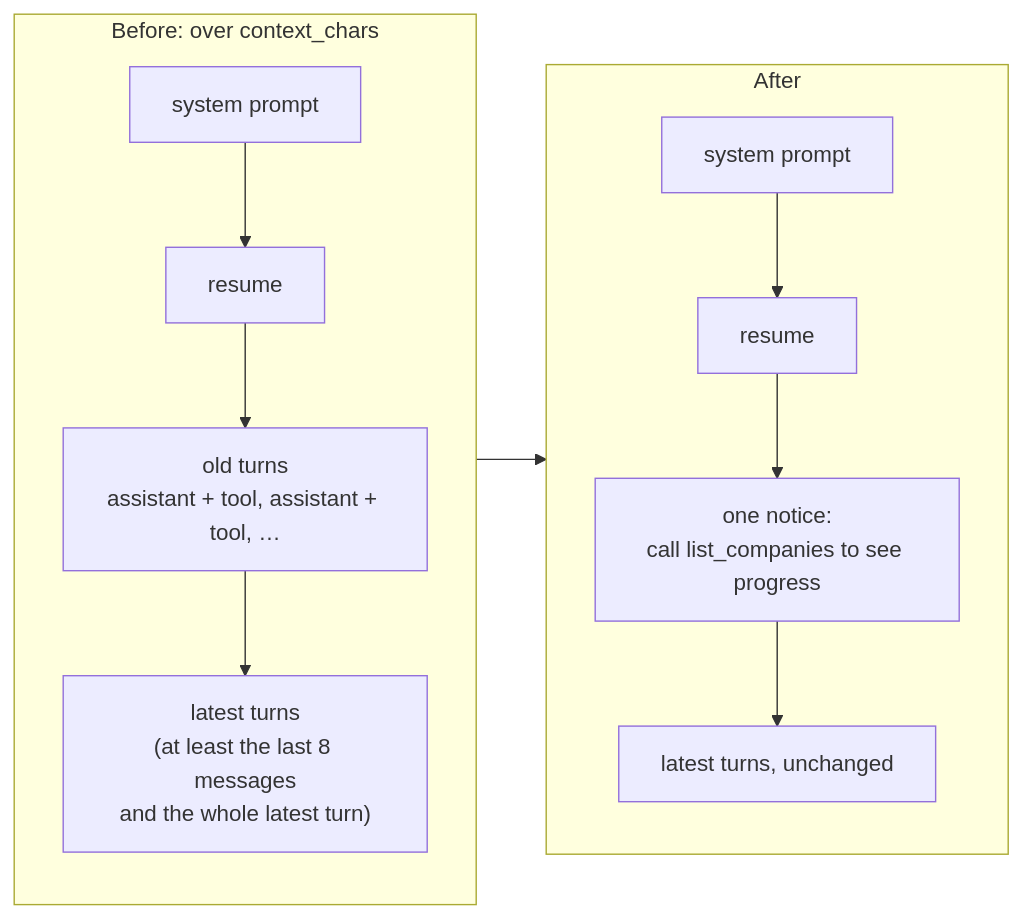
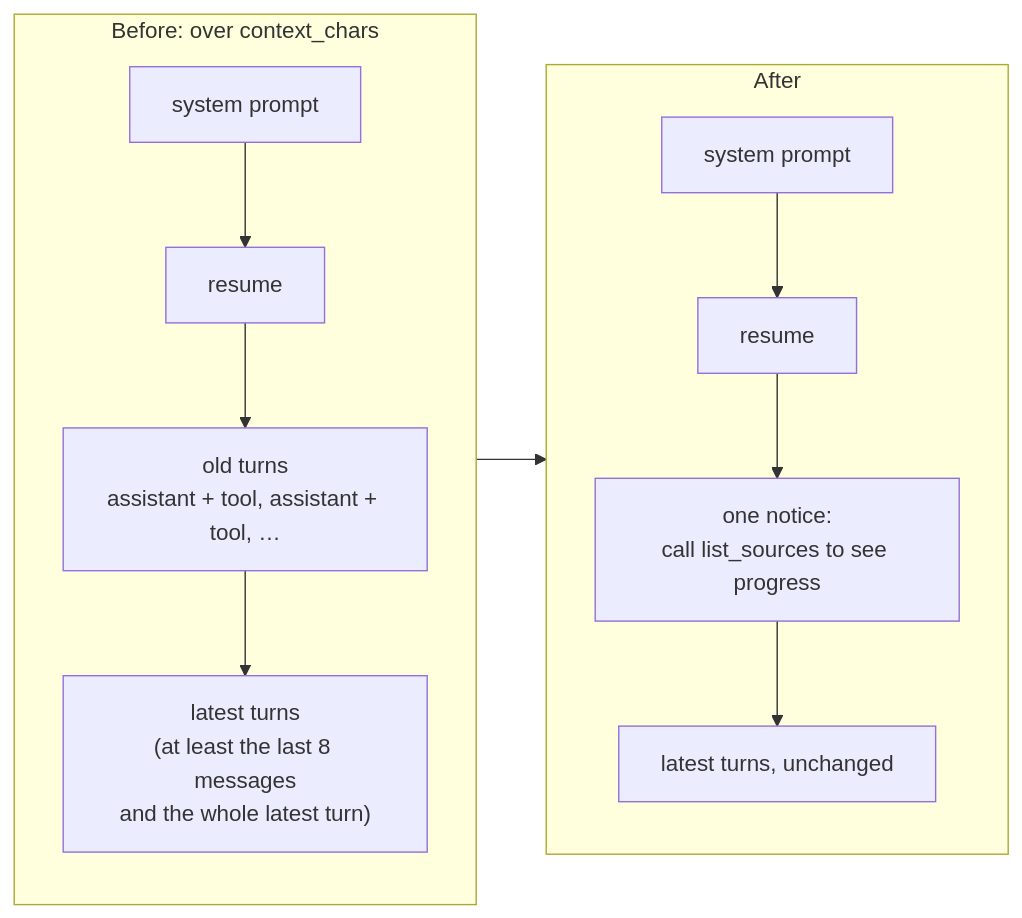
Before and after one commit to risingfish/myjobbot: the seventh of 7 diagrams in README.md, drawn with Mermaid. The commit also changed other lines of this file and 3 other files, not shown here.

````diff
--- a/README.md
+++ b/README.md
@@ -257,16 +258,16 @@
 ```mermaid
 flowchart LR
     subgraph Before["Before: over context_chars"]
         direction TB
         S1[system prompt] --> U1[resume]
         U1 --> O1["old turns<br/>assistant + tool, assistant + tool, …"]
         O1 --> K1["latest turns<br/>(at least the last 8 messages<br/>and the whole latest turn)"]
     end
     subgraph After["After"]
         direction TB
         S2[system prompt] --> U2[resume]
-        U2 --> N2["one notice:<br/>call list_companies to see progress"]
+        U2 --> N2["one notice:<br/>call list_sources to see progress"]
         N2 --> K2[latest turns, unchanged]
     end
     Before --> After
 ```
````
